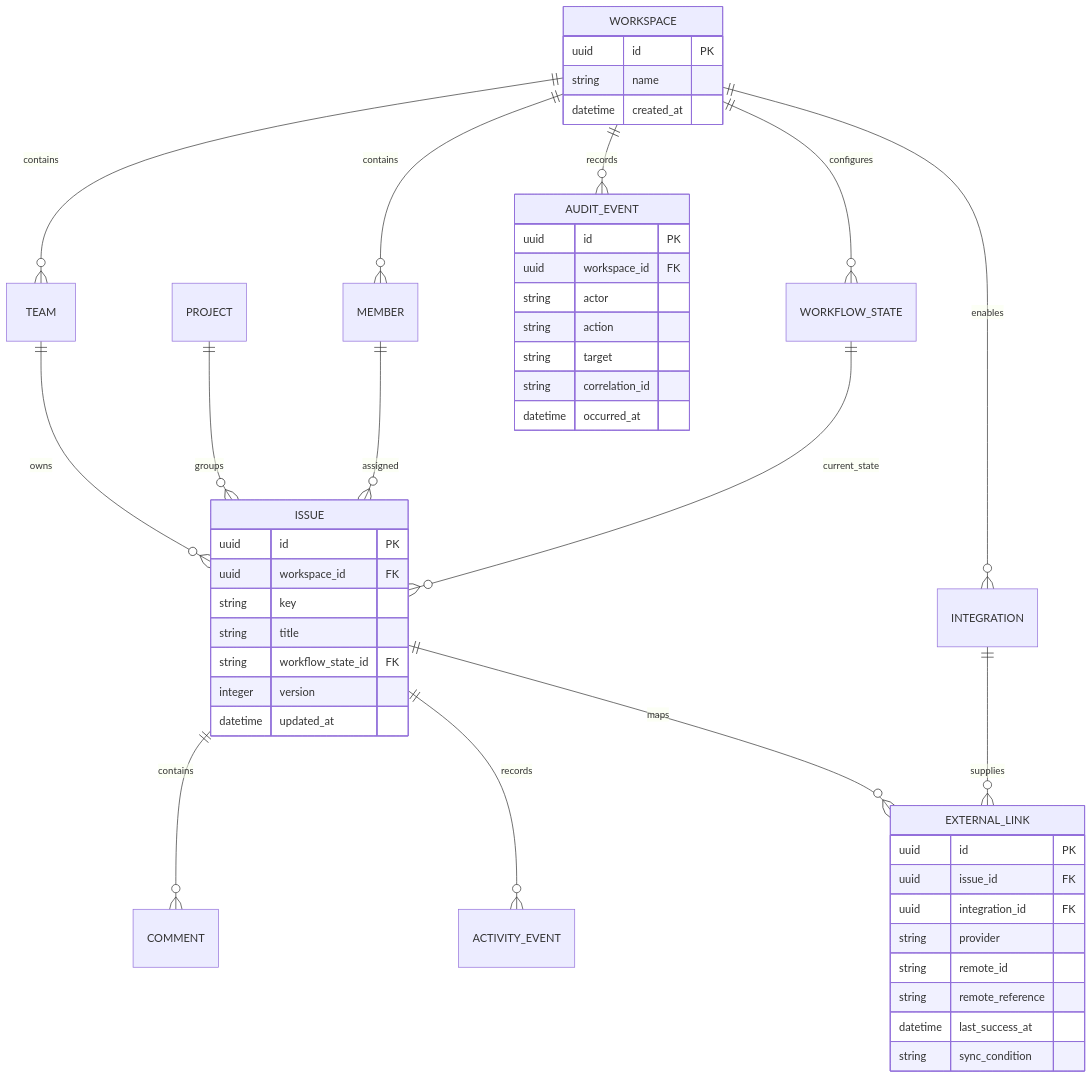
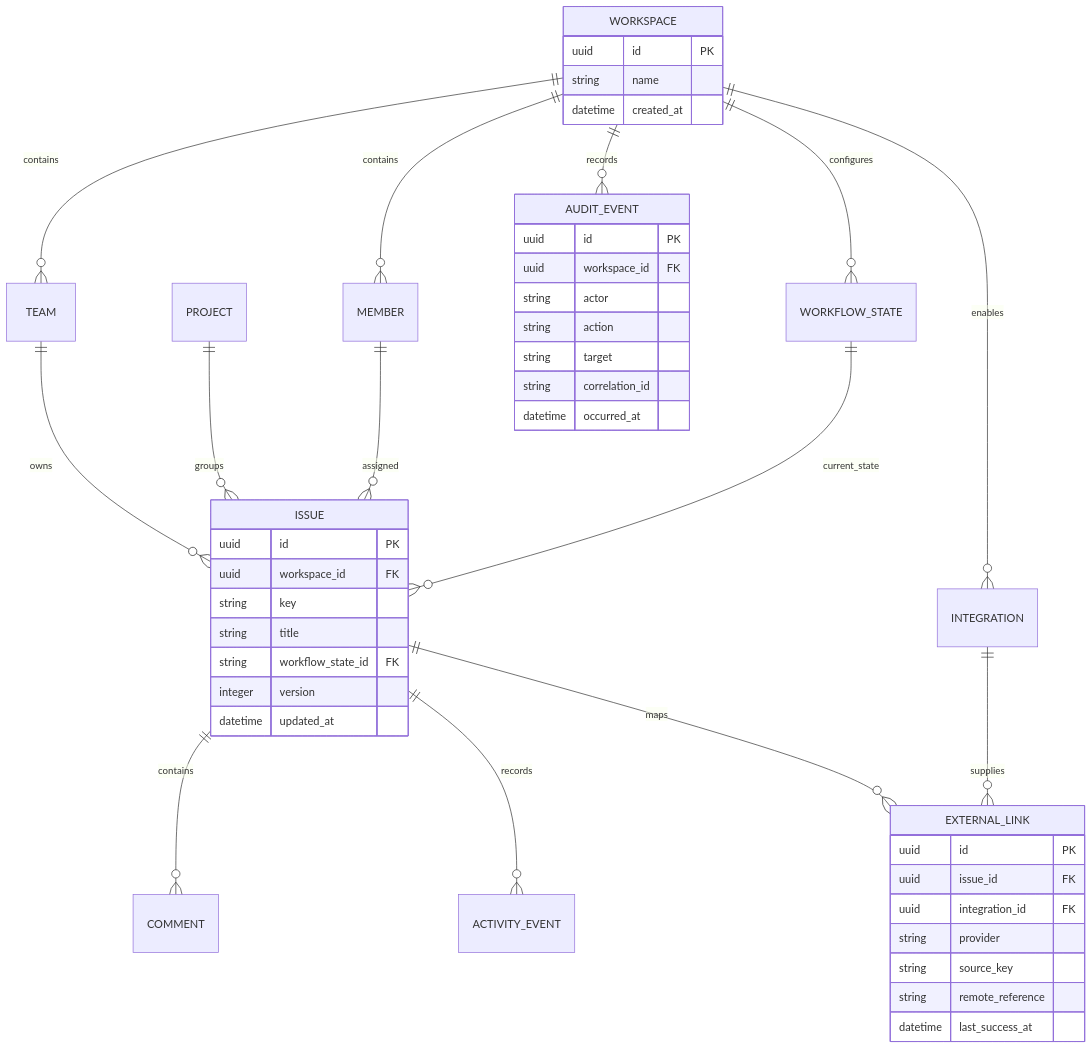
One commit to sommmen/Anvilboard changed the second of 2 diagrams in docs/anvilboard/srs.md. Above: the diagram before and after it, drawn with Mermaid. The commit also changed other lines of this file and 2 other files, not shown here.

Commit message:
docs(anvilboard): address third round of Copilot review feedback
- Standardize ExternalLink dedupe-key terminology on SourceKey across srs.md, tech-design.md, and integration-and-plugin-platform.md, matching the actual EF Core schema (ExternalLinkConfiguration, InitialCreate migration) which never uses RemoteId
- Remove sync_condition from the SRS ER diagram's persisted EXTERNAL_LINK entity since the data dictionary already documents it as derived at read time, not stored

````diff
--- a/docs/anvilboard/srs.md
+++ b/docs/anvilboard/srs.md
@@ -410,49 +410,48 @@
 ```mermaid
 erDiagram
     WORKSPACE ||--o{ TEAM : contains
     WORKSPACE ||--o{ MEMBER : contains
     WORKSPACE ||--o{ WORKFLOW_STATE : configures
     WORKSPACE ||--o{ INTEGRATION : enables
     WORKSPACE ||--o{ AUDIT_EVENT : records
     TEAM ||--o{ ISSUE : owns
     PROJECT ||--o{ ISSUE : groups
     MEMBER ||--o{ ISSUE : assigned
     ISSUE ||--o{ COMMENT : contains
     ISSUE ||--o{ ACTIVITY_EVENT : records
     ISSUE ||--o{ EXTERNAL_LINK : maps
     INTEGRATION ||--o{ EXTERNAL_LINK : supplies
     WORKFLOW_STATE ||--o{ ISSUE : current_state
     WORKSPACE {
       uuid id PK
       string name
       datetime created_at
     }
     ISSUE {
       uuid id PK
       uuid workspace_id FK
       string key
       string title
       string workflow_state_id FK
       integer version
       datetime updated_at
     }
     EXTERNAL_LINK {
       uuid id PK
       uuid issue_id FK
       uuid integration_id FK
       string provider
-      string remote_id
+      string source_key
       string remote_reference
       datetime last_success_at
-      string sync_condition
     }
     AUDIT_EVENT {
       uuid id PK
       uuid workspace_id FK
       string actor
       string action
       string target
       string correlation_id
       datetime occurred_at
     }
 ```
````
